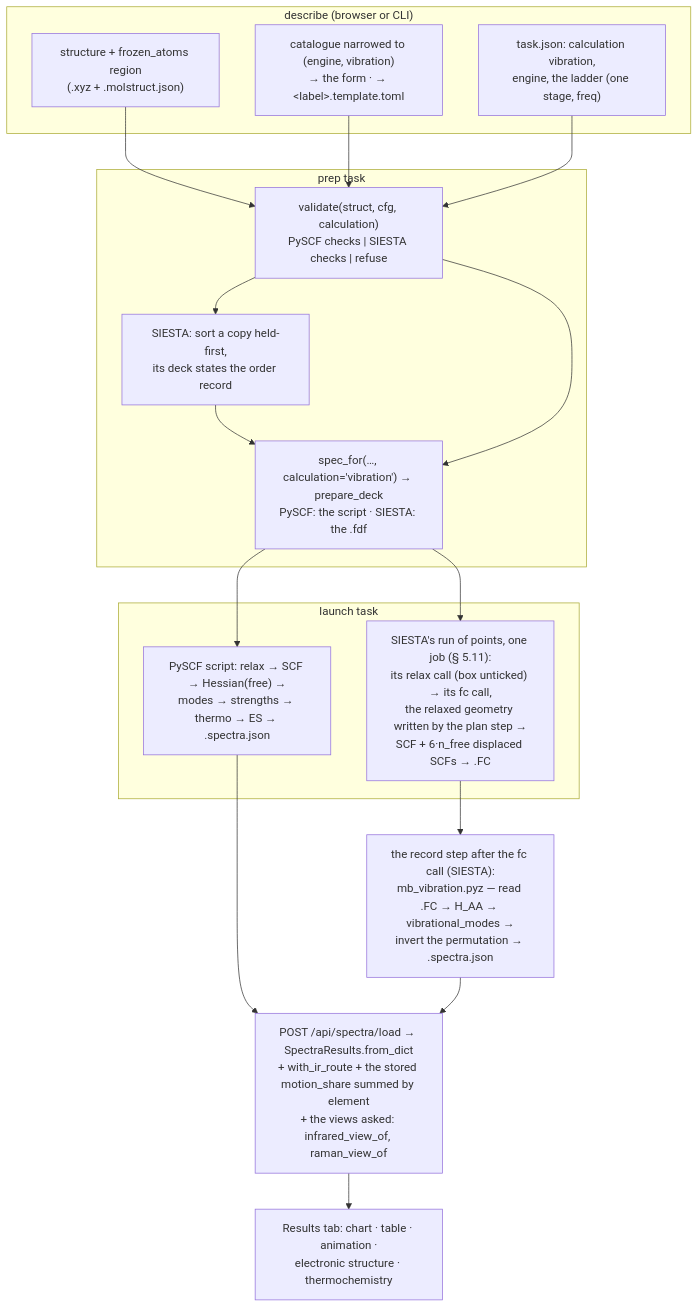
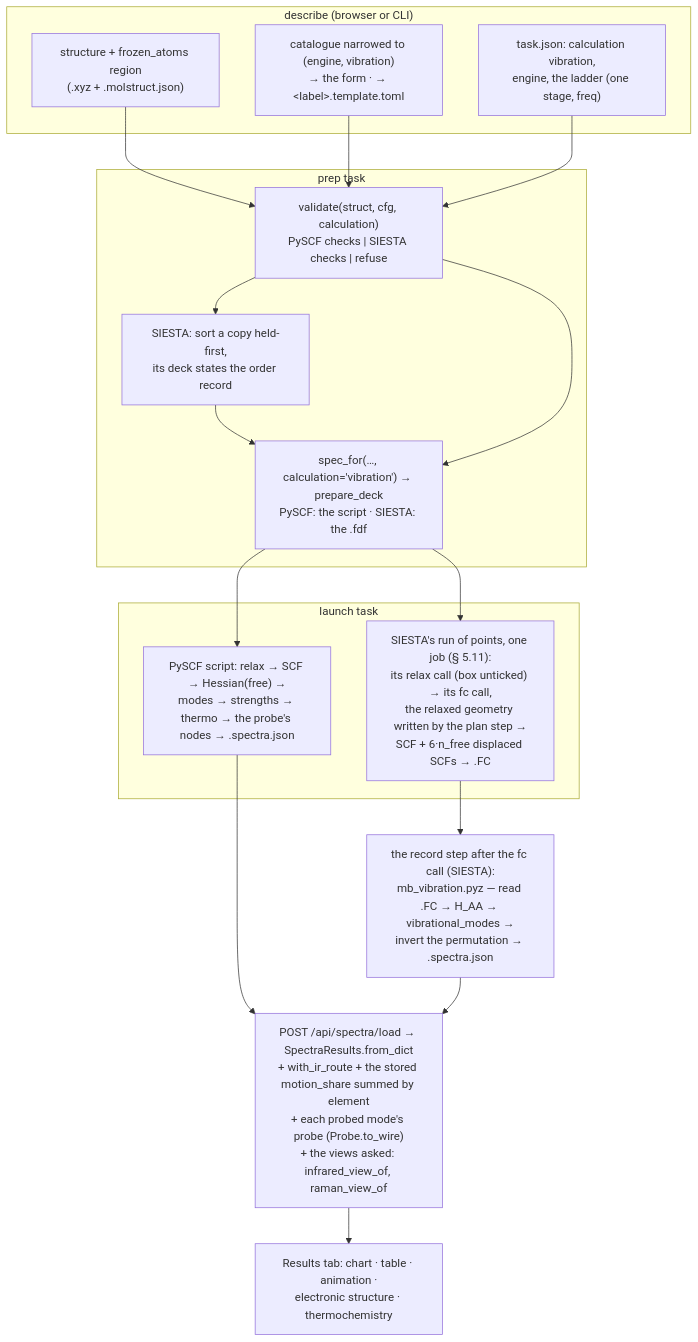
Before and after one commit to Qing-LAB/molbuilder: the second of 2 diagrams in docs/engines/vibration.md, drawn with Mermaid. The commit also changed other lines of this file and 70 other files, not shown here.

````diff
--- a/docs/engines/vibration.md
+++ b/docs/engines/vibration.md
@@ -4096,23 +4249,23 @@
 ```mermaid
 flowchart TB
   subgraph describe["describe (browser or CLI)"]
     ST["structure + frozen_atoms region<br/>(.xyz + .molstruct.json)"]
     CAT["catalogue narrowed to (engine, vibration)<br/>→ the form · → &lt;label&gt;.template.toml"]
     TJ["task.json: calculation vibration,<br/>engine, the ladder (one stage, freq)"]
   end
   subgraph prep["prep task"]
     G["validate(struct, cfg, calculation)<br/>PySCF checks #124; SIESTA checks #124; refuse"]
     SORT["SIESTA: sort a copy held-first,<br/>its deck states the order record"]
     D["spec_for(…, calculation='vibration') → prepare_deck<br/>PySCF: the script · SIESTA: the .fdf"]
   end
   subgraph run["launch task"]
-    PY["PySCF script: relax → SCF → Hessian(free) →<br/>modes → strengths → thermo → ES → .spectra.json"]
+    PY["PySCF script: relax → SCF → Hessian(free) →<br/>modes → strengths → thermo → the probe's nodes → .spectra.json"]
     SR["SIESTA's run of points, one job (§ 5.11):<br/>its relax call (box unticked) → its fc call,<br/>the relaxed geometry written by the plan step →<br/>SCF + 6·n_free displaced SCFs → .FC"]
   end
   SUM["the record step after the fc call (SIESTA):<br/>mb_vibration.pyz — read .FC → H_AA → vibrational_modes →<br/>invert the permutation → .spectra.json"]
-  LOAD["POST /api/spectra/load → SpectraResults.from_dict<br/>+ with_ir_route + the stored motion_share summed by element<br/>+ the views asked: infrared_view_of, raman_view_of"]
+  LOAD["POST /api/spectra/load → SpectraResults.from_dict<br/>+ with_ir_route + the stored motion_share summed by element<br/>+ each probed mode's probe (Probe.to_wire)<br/>+ the views asked: infrared_view_of, raman_view_of"]
   VIEW["Results tab: chart · table · animation ·<br/>electronic structure · thermochemistry"]
   ST --> G; CAT --> G; TJ --> G; G --> SORT --> D; G --> D
   D --> PY; D --> SR
   SR --> SUM; PY --> LOAD; SUM --> LOAD; LOAD --> VIEW
 ```
````
